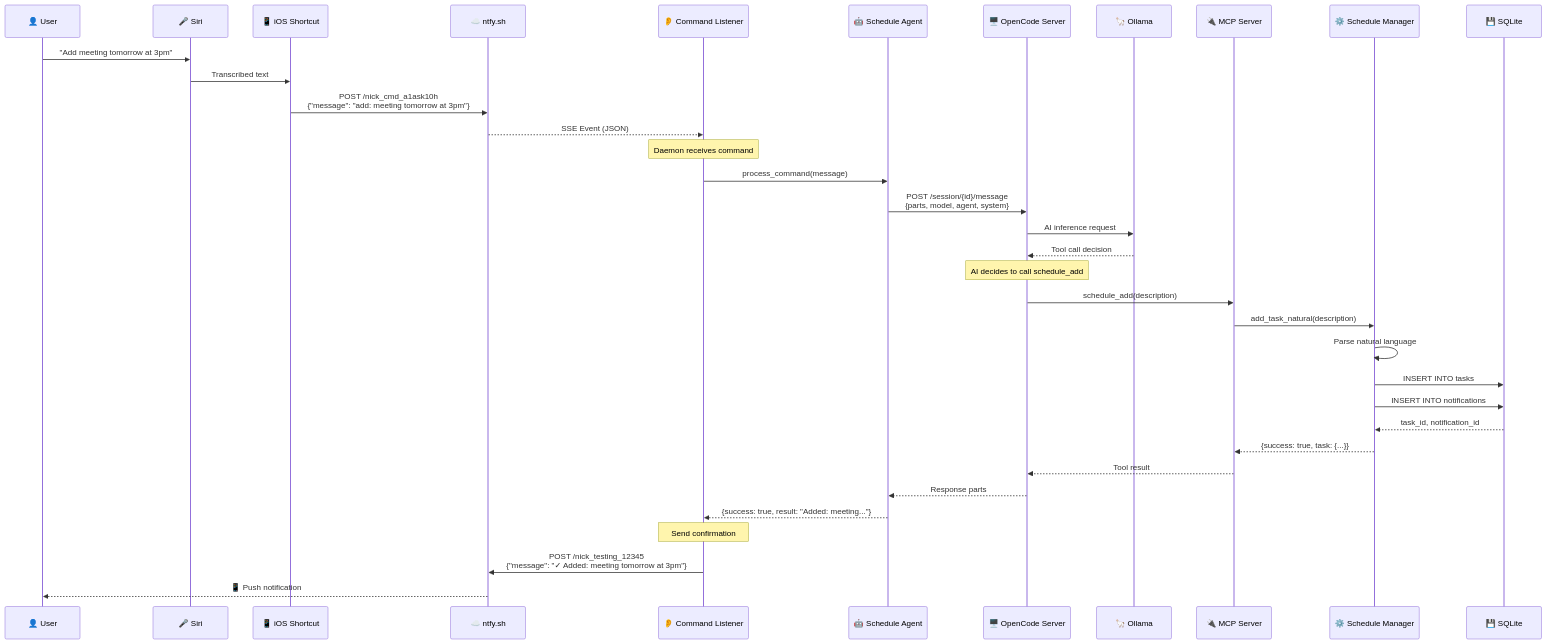
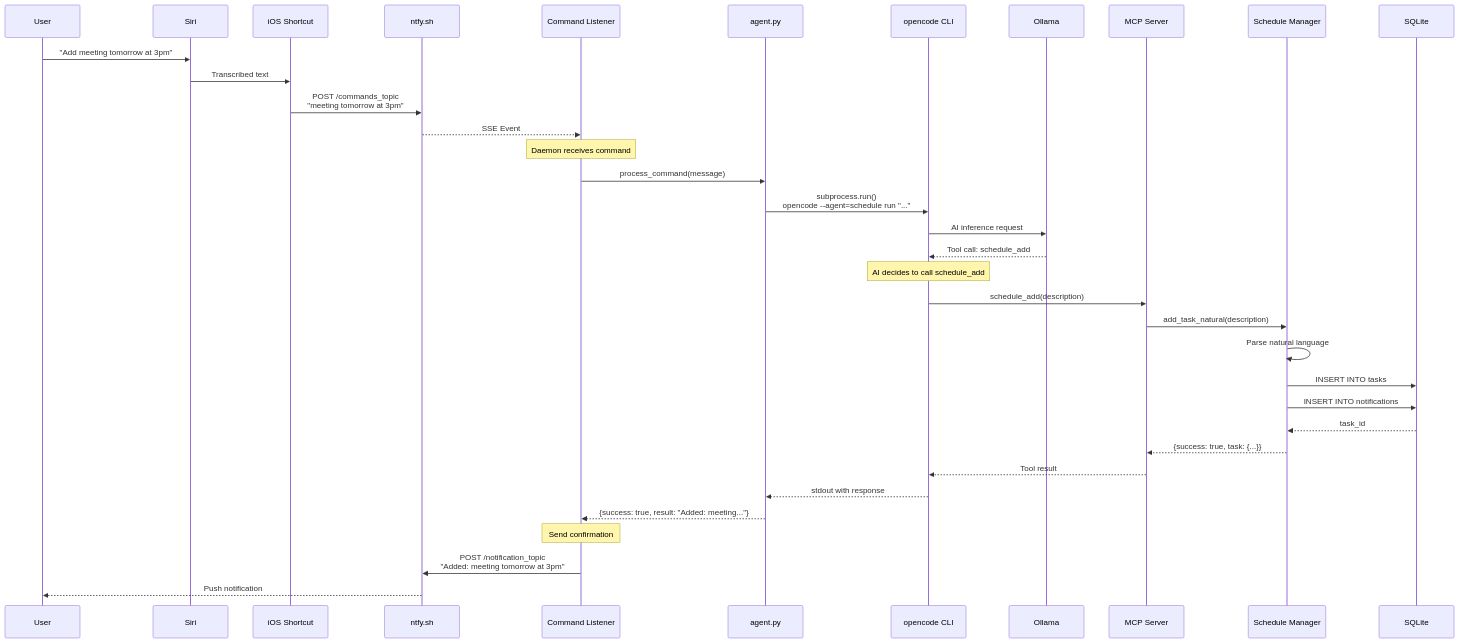
Before and after one commit to ngrabbs/schedule_manager: the second of 6 diagrams in docs/architecture.md, drawn with Mermaid. The commit also changed other lines of this file and 5 other files, not shown here.

````diff
--- a/docs/architecture.md
+++ b/docs/architecture.md
@@ -116,44 +117,44 @@
 ```mermaid
 sequenceDiagram
-    participant User as 👤 User
-    participant Siri as 🎤 Siri
-    participant Shortcut as 📱 iOS Shortcut
-    participant ntfy as ☁️ ntfy.sh
-    participant Listener as 👂 Command Listener
-    participant Agent as 🤖 Schedule Agent
-    participant OpenCode as 🖥️ OpenCode Server
-    participant Ollama as 🦙 Ollama
-    participant MCP as 🔌 MCP Server
-    participant Core as ⚙️ Schedule Manager
-    participant DB as 💾 SQLite
+    participant User as User
+    participant Siri as Siri
+    participant Shortcut as iOS Shortcut
+    participant ntfy as ntfy.sh
+    participant Listener as Command Listener
+    participant Agent as agent.py
+    participant CLI as opencode CLI
+    participant Ollama as Ollama
+    participant MCP as MCP Server
+    participant Core as Schedule Manager
+    participant DB as SQLite
 
     User->>Siri: "Add meeting tomorrow at 3pm"
     Siri->>Shortcut: Transcribed text
-    Shortcut->>ntfy: POST /nick_cmd_a1ask10h<br/>{"message": "add: meeting tomorrow at 3pm"}
-    ntfy-->>Listener: SSE Event (JSON)
+    Shortcut->>ntfy: POST /commands_topic<br/>"meeting tomorrow at 3pm"
+    ntfy-->>Listener: SSE Event
     
     Note over Listener: Daemon receives command
     
     Listener->>Agent: process_command(message)
-    Agent->>OpenCode: POST /session/{id}/message<br/>{parts, model, agent, system}
-    OpenCode->>Ollama: AI inference request
-    Ollama-->>OpenCode: Tool call decision
+    Agent->>CLI: subprocess.run()<br/>opencode --agent=schedule run "..."
+    CLI->>Ollama: AI inference request
+    Ollama-->>CLI: Tool call: schedule_add
     
-    Note over OpenCode: AI decides to call schedule_add
+    Note over CLI: AI decides to call schedule_add
     
-    OpenCode->>MCP: schedule_add(description)
+    CLI->>MCP: schedule_add(description)
     MCP->>Core: add_task_natural(description)
     Core->>Core: Parse natural language
     Core->>DB: INSERT INTO tasks
     Core->>DB: INSERT INTO notifications
-    DB-->>Core: task_id, notification_id
+    DB-->>Core: task_id
     Core-->>MCP: {success: true, task: {...}}
-    MCP-->>OpenCode: Tool result
-    OpenCode-->>Agent: Response parts
+    MCP-->>CLI: Tool result
+    CLI-->>Agent: stdout with response
     Agent-->>Listener: {success: true, result: "Added: meeting..."}
     
     Note over Listener: Send confirmation
     
-    Listener->>ntfy: POST /nick_testing_12345<br/>{"message": "✓ Added: meeting tomorrow at 3pm"}
-    ntfy-->>User: 📱 Push notification
+    Listener->>ntfy: POST /notification_topic<br/>"Added: meeting tomorrow at 3pm"
+    ntfy-->>User: Push notification
 ```
````
